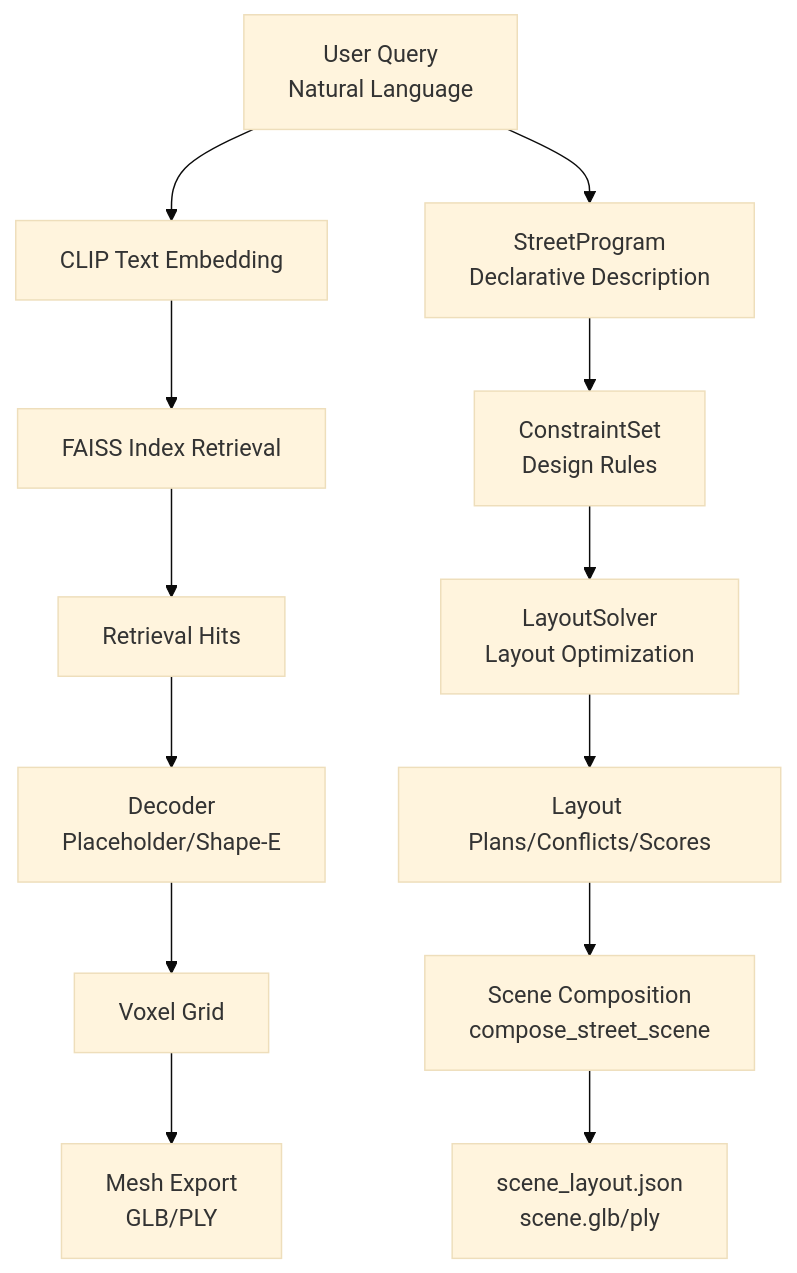
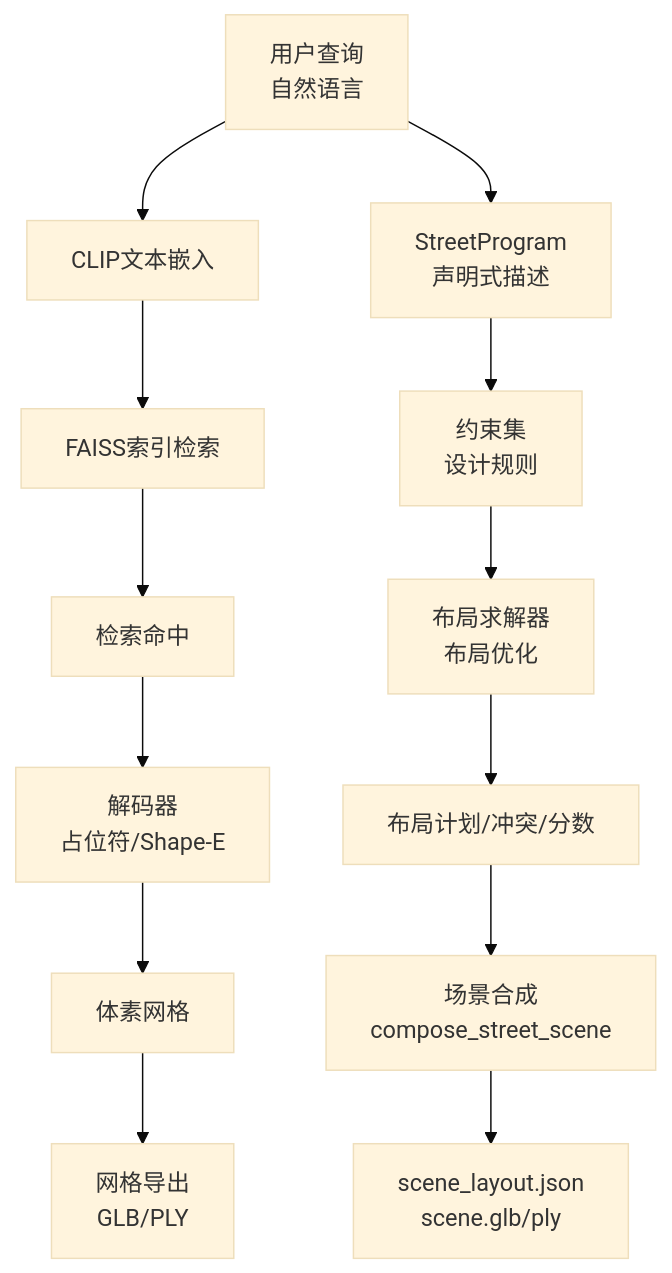
The second of 6 diagrams in .qoder/repowiki/zh/content/项目概述/项目概述.md (wsqstar/RoadGen3D), drawn with Mermaid (base theme) before and after one commit. The commit also changed other lines of this file and 10 other files, not shown here.

First line of the commit message:
docs(architecture): update system architecture with OSM and POI integration

````diff
--- a/.qoder/repowiki/zh/content/项目概述/项目概述.md
+++ b/.qoder/repowiki/zh/content/项目概述/项目概述.md
@@ -224,15 +220,15 @@
 ```mermaid
 graph TB
-Q["User Query<br/>Natural Language"] --> EMB["CLIP Text Embedding"]
-EMB --> IDX["FAISS Index Retrieval"]
-IDX --> RET["Retrieval Hits"]
-RET --> DEC["Decoder<br/>Placeholder/Shape-E"]
-DEC --> VOX["Voxel Grid"]
-VOX --> EXP["Mesh Export<br/>GLB/PLY"]
-Q --> SP["StreetProgram<br/>Declarative Description"]
-SP --> CS["ConstraintSet<br/>Design Rules"]
-CS --> LS["LayoutSolver<br/>Layout Optimization"]
-LS --> LOUT["Layout Plans/Conflicts/Scores"]
-LOUT --> COMPOSE["Scene Composition<br/>compose_street_scene"]
+Q["用户查询<br/>自然语言"] --> EMB["CLIP文本嵌入"]
+EMB --> IDX["FAISS索引检索"]
+IDX --> RET["检索命中"]
+RET --> DEC["解码器<br/>占位符/Shape-E"]
+DEC --> VOX["体素网格"]
+VOX --> EXP["网格导出<br/>GLB/PLY"]
+Q --> SP["StreetProgram<br/>声明式描述"]
+SP --> CS["约束集<br/>设计规则"]
+CS --> LS["布局求解器<br/>布局优化"]
+LS --> LOUT["布局计划/冲突/分数"]
+LOUT --> COMPOSE["场景合成<br/>compose_street_scene"]
 COMPOSE --> OUT["scene_layout.json<br/>scene.glb/ply"]
 ```
````
